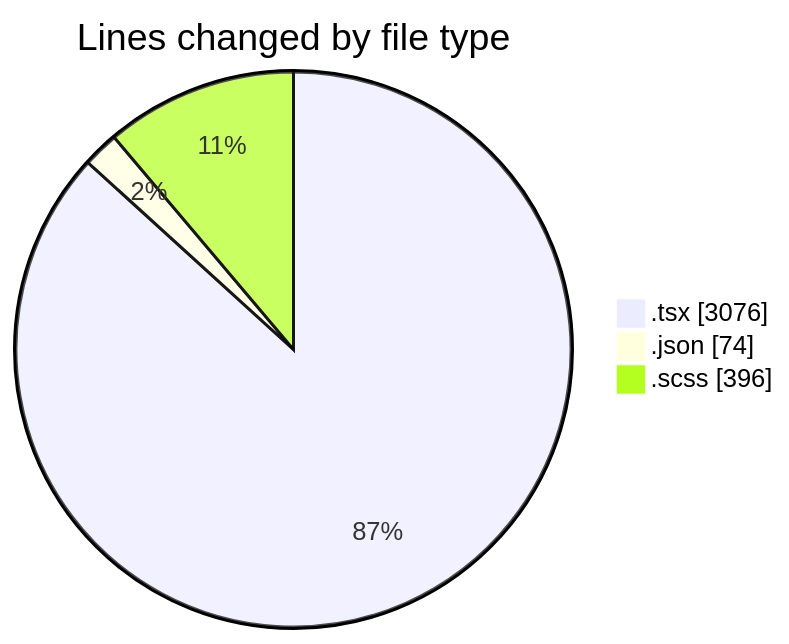
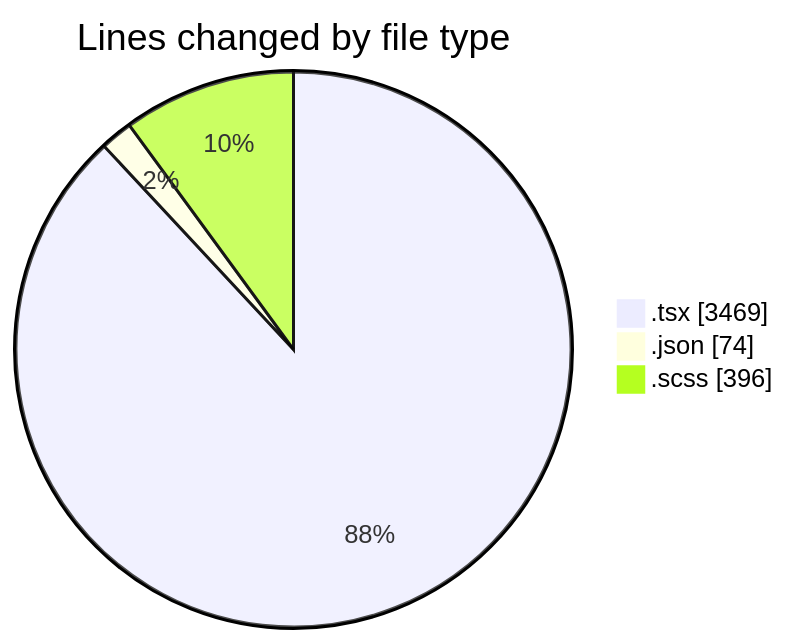
One commit to momahboobian/code-tracking changed the first of 2 diagrams in 2025-04-08/cda/README.md. Above: the diagram before and after it, drawn with Mermaid. The commit also changed other lines of this file and 1 other file, not shown here.

````diff
--- a/2025-04-08/cda/README.md
+++ b/2025-04-08/cda/README.md
@@ -30,7 +31,7 @@
 ```mermaid
 pie showData
 title Lines changed by file type
-".tsx" : 3076
+".tsx" : 3469
 ".json" : 74
 ".scss" : 396
 ```
````
